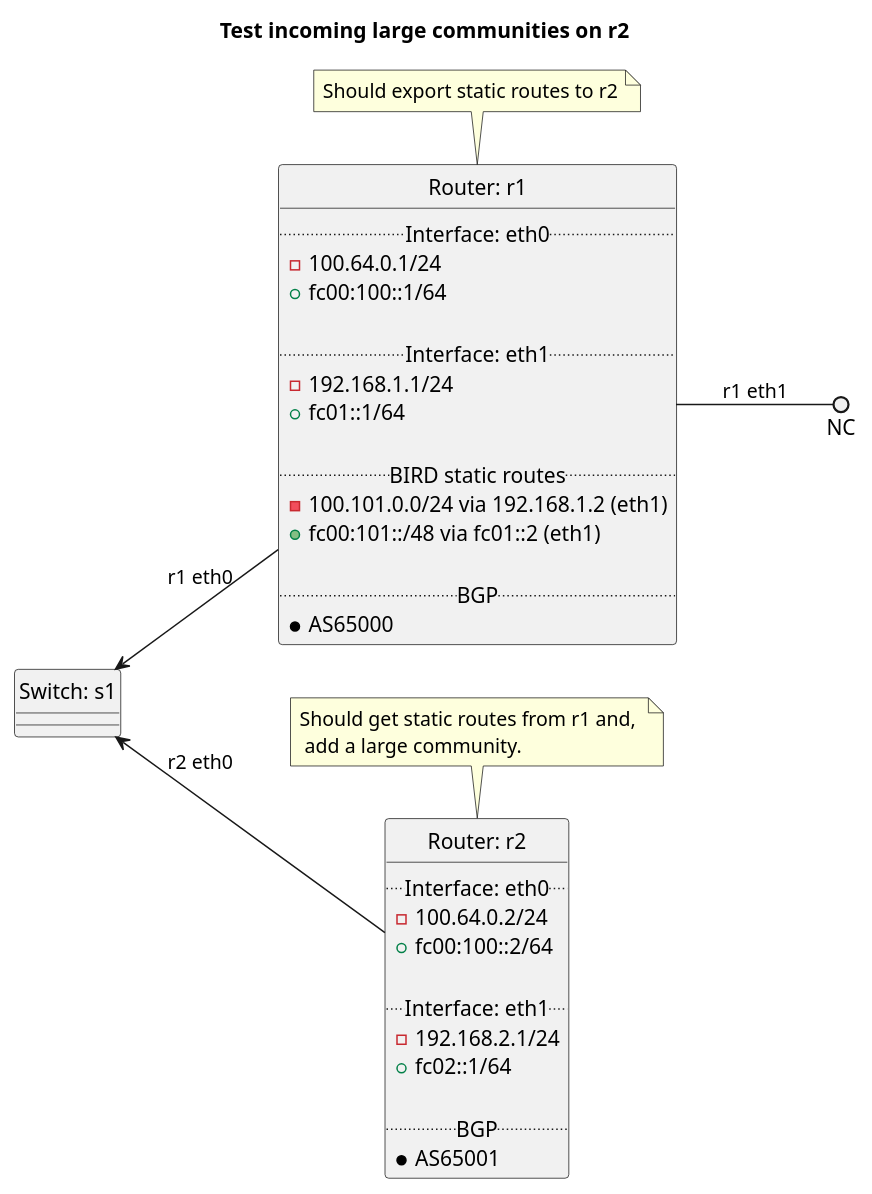
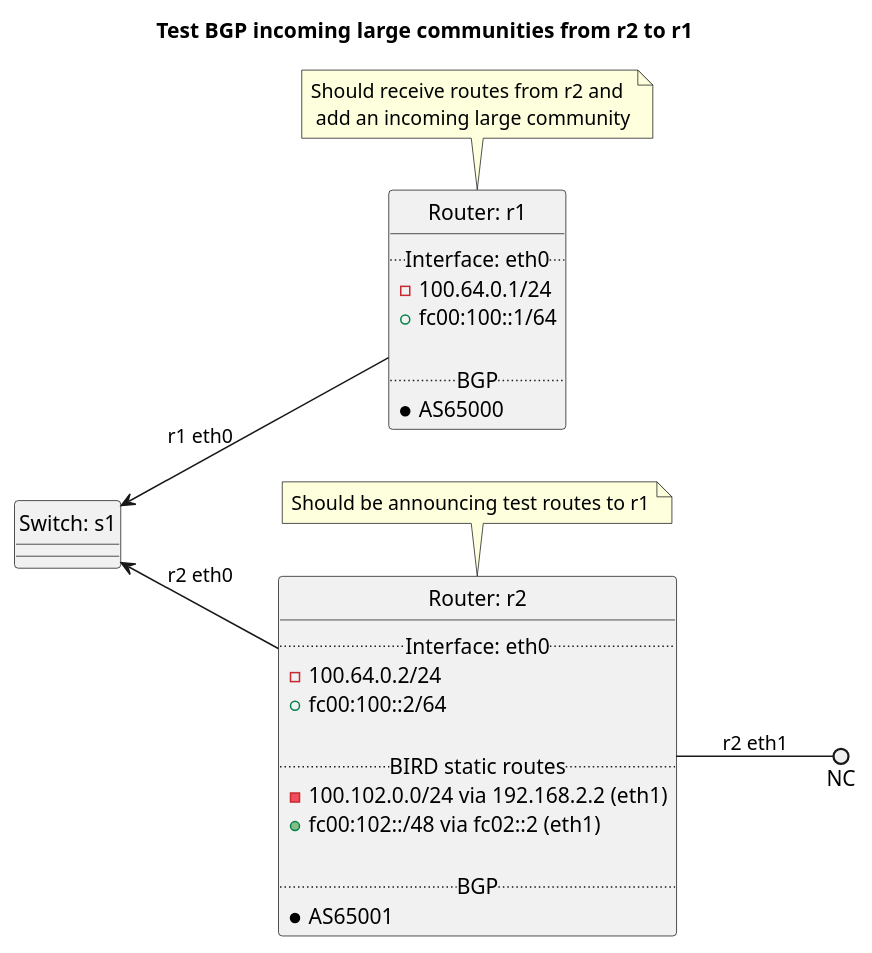
The diagram in tests/40-bgp/30-incoming_large_communities/README.md (oscdev-io/birdplan), drawn with PlantUML before and after one commit. The commit also changed other lines of this file and 7 other files, not shown here.

Commit message:
tests/bgp: Reworked tests for large communities

````diff
--- a/tests/40-bgp/30-incoming_large_communities/README.md
+++ b/tests/40-bgp/30-incoming_large_communities/README.md
@@ -6,50 +9,42 @@
 ```plantuml
 @startuml
 hide circle
-title Test incoming large communities on r2
+title Test BGP incoming large communities from r2 to r1
 left to right direction
 
 
 class "Router: r1" {
   .. Interface: eth0 ..
 - 100.64.0.1/24
 + fc00:100::1/64
 
-  .. Interface: eth1 ..
-- 192.168.1.1/24
-+ fc01::1/64
-
-  .. BIRD static routes ..
-- 100.101.0.0/24 via 192.168.1.2 (eth1)
-+ fc00:101::/48 via fc01::2 (eth1)
-
   .. BGP ..
 * AS65000
 }
-note top: Should export static routes to r2
+note top: Should receive routes from r2 and \n add an incoming large community
 
 
 class "Router: r2" {
   .. Interface: eth0 ..
 - 100.64.0.2/24
 + fc00:100::2/64
 
-  .. Interface: eth1 ..
-- 192.168.2.1/24
-+ fc02::1/64
+  .. BIRD static routes ..
+- 100.102.0.0/24 via 192.168.2.2 (eth1)
++ fc00:102::/48 via fc02::2 (eth1)
 
   .. BGP ..
 * AS65001
 }
-note top: Should get static routes from r1 and, \n add a large community.
+note top: Should be announcing test routes to r1
 
 
 class "Switch: s1" {}
 
 
 "Switch: s1" <-down- "Router: r1": r1 eth0
 "Switch: s1" <-down- "Router: r2": r2 eth0
-"Router: r1" --() NC: r1 eth1
+"Router: r2" --() NC: r2 eth1
 
 @enduml
 ```
````
